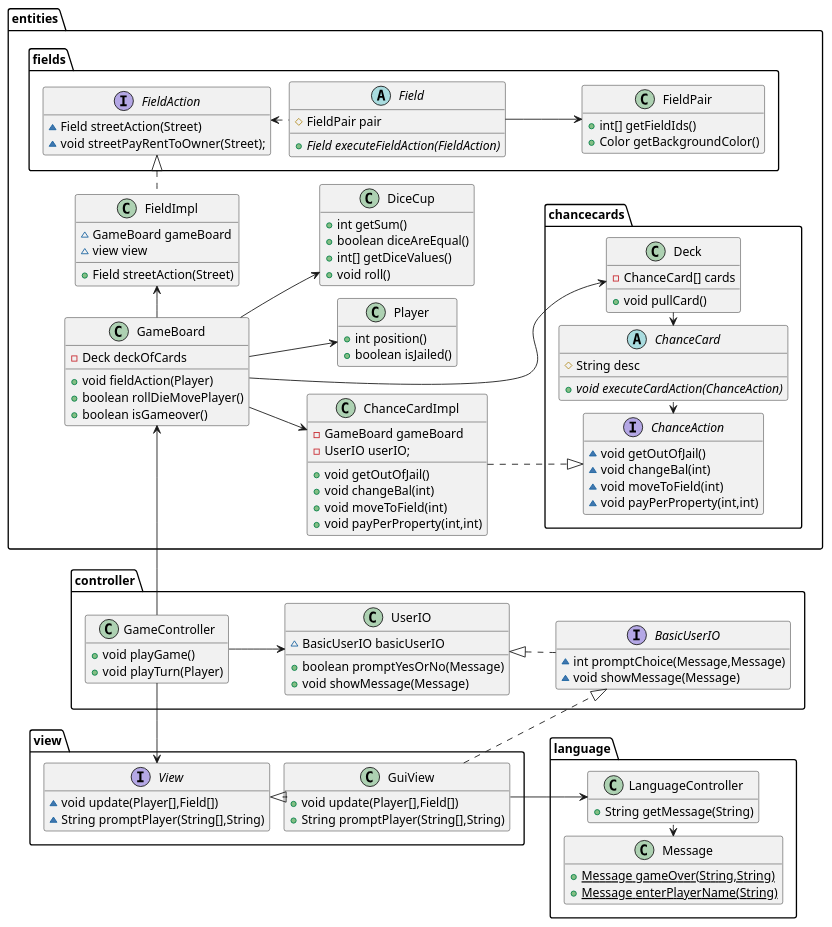
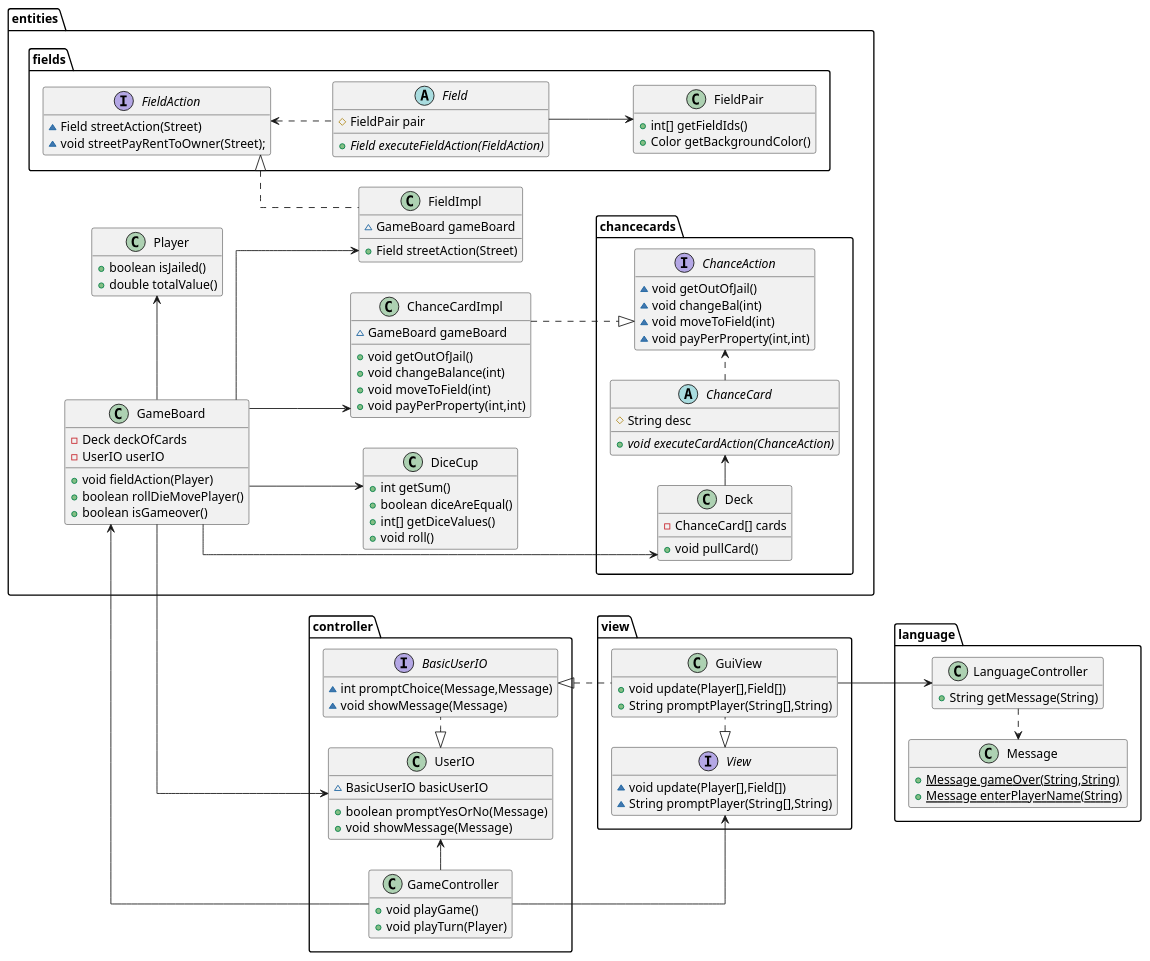
Before and after one commit to xdTobs/_22_del3: the diagram in diagrams/ClassDiagram2.puml, drawn with PlantUML.

Commit message:
Klassdiagram

```diff
--- a/diagrams/ClassDiagram2.puml
+++ b/diagrams/ClassDiagram2.puml
@@ -1,139 +1,138 @@
 @startuml
 hide empty members
-'skinparam linetype ortho
+skinparam linetype ortho
 left to right direction
-skinparam nodesep 15
-skinparam ranksep 15
 
 package entities{
-
+    class ChanceCardImpl {
+        ~ GameBoard gameBoard
+        + void getOutOfJail()
+        + void changeBalance(int)
+        + void moveToField(int)
+        + void payPerProperty(int,int)
+    }
     class GameBoard {
         - Deck deckOfCards
+        - UserIO userIO
         + void fieldAction(Player)
         + boolean rollDieMovePlayer()
         + boolean isGameover()
     }
 
     class Player {
-        + int position()
         + boolean isJailed()
+        + double totalValue()
     }
     class DiceCup {
         + int getSum()
         + boolean diceAreEqual()
         + int[] getDiceValues()
         + void roll()
     }
     class FieldImpl {
 	~ GameBoard gameBoard
-	~ view view
 	+ Field streetAction(Street)
     }
-     class ChanceCardImpl {
-            - GameBoard gameBoard
-            - UserIO userIO;
-            + void getOutOfJail()
-            + void changeBal(int)
-            + void moveToField(int)
-            + void payPerProperty(int,int)
-        }
-
 
     package chancecards {
-       class Deck {
+        class Deck {
             -ChanceCard[] cards
             + void pullCard()
         }
         interface ChanceAction {
             ~ void getOutOfJail()
             ~ void changeBal(int)
             ~ void moveToField(int)
             ~ void payPerProperty(int,int)
         }
         abstract class ChanceCard {
             # String desc
             + {abstract}void executeCardAction(ChanceAction)
         }
     }
     package fields {
          abstract class Field {
             # FieldPair pair
             + {abstract}Field executeFieldAction(FieldAction)
         }
         class FieldPair {
             + int[] getFieldIds()
             + Color getBackgroundColor()
         }
 
         interface FieldAction {
             ~ Field streetAction(Street)
             ~ void streetPayRentToOwner(Street);
         }
     }
 }
 
 
 package language{
     class LanguageController {
         + String getMessage(String)
     }
     class Message {
     + {static} Message gameOver(String,String)
     + {static} Message enterPlayerName(String)
     }
 }
 
 package controller {
     class UserIO {
         ~ BasicUserIO basicUserIO
         + boolean promptYesOrNo(Message)
         + void showMessage(Message)
     }
 
     interface BasicUserIO {
         ~ int promptChoice(Message,Message)
         ~ void showMessage(Message)
     }
 
     class GameController {
         + void playGame()
         + void playTurn(Player)
     }
 }
 package view{
     class GuiView {
         + void update(Player[],Field[])
         + String promptPlayer(String[],String)
     }
 
     interface View {
         ~ void update(Player[],Field[])
         ~ String promptPlayer(String[],String)
     }
 }
 
 
-GameController -> GameBoard
+GameBoard <-- GameController
 
 
-GameBoard -down-> ChanceCardImpl
-GameBoard -right-> FieldImpl
+GameBoard --> ChanceCardImpl
+GameBoard --> FieldImpl
 
-GameBoard --> Player
+Player -up[hidden]-> FieldImpl
+
+GameBoard -left-> Player
 GameBoard --> DiceCup
-GameBoard --=> Deck
-GuiView -down-> LanguageController
-LanguageController .left.> Message
+GameBoard --> UserIO
+
+GameBoard -[norank]-> Deck
+GuiView --> LanguageController
+LanguageController .[norank].> Message
 ChanceCardImpl ..|>ChanceAction
-FieldAction <|. FieldImpl
-View <|..GuiView
-BasicUserIO <|.left. GuiView
-UserIO <|..BasicUserIO
-GameController -left->View
+FieldAction <|.. FieldImpl
+View <|.right. GuiView
+BasicUserIO <|.down. GuiView
+UserIO <|.right. BasicUserIO
+GameController -[norank]-> View
+GameController -> UserIO
 FieldAction <..Field
 FieldPair <-up-Field
-Deck -left-> ChanceCard
-GameController -->UserIO
-ChanceAction <.right.ChanceCard
+Deck  -right-> ChanceCard
+ChanceAction <.left.ChanceCard
 
 @enduml
```
